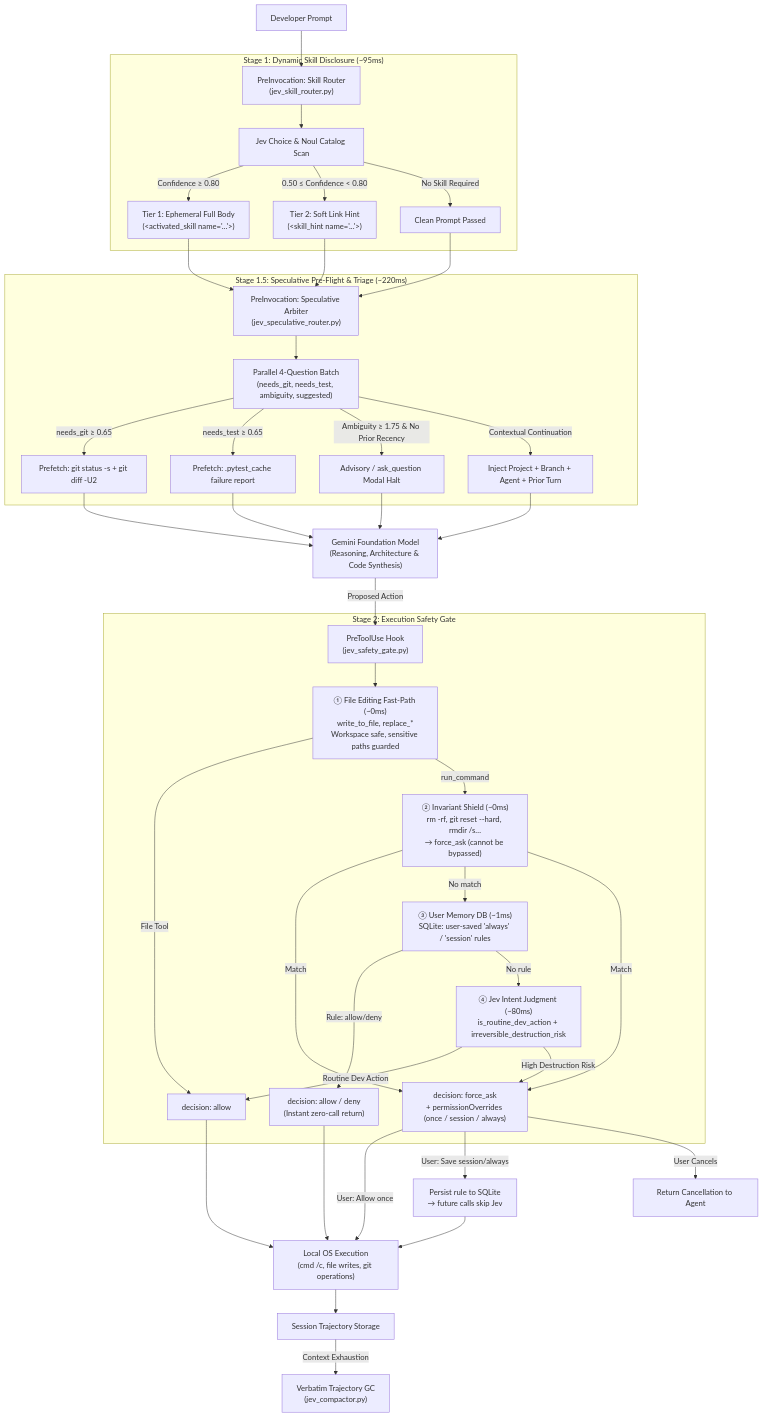
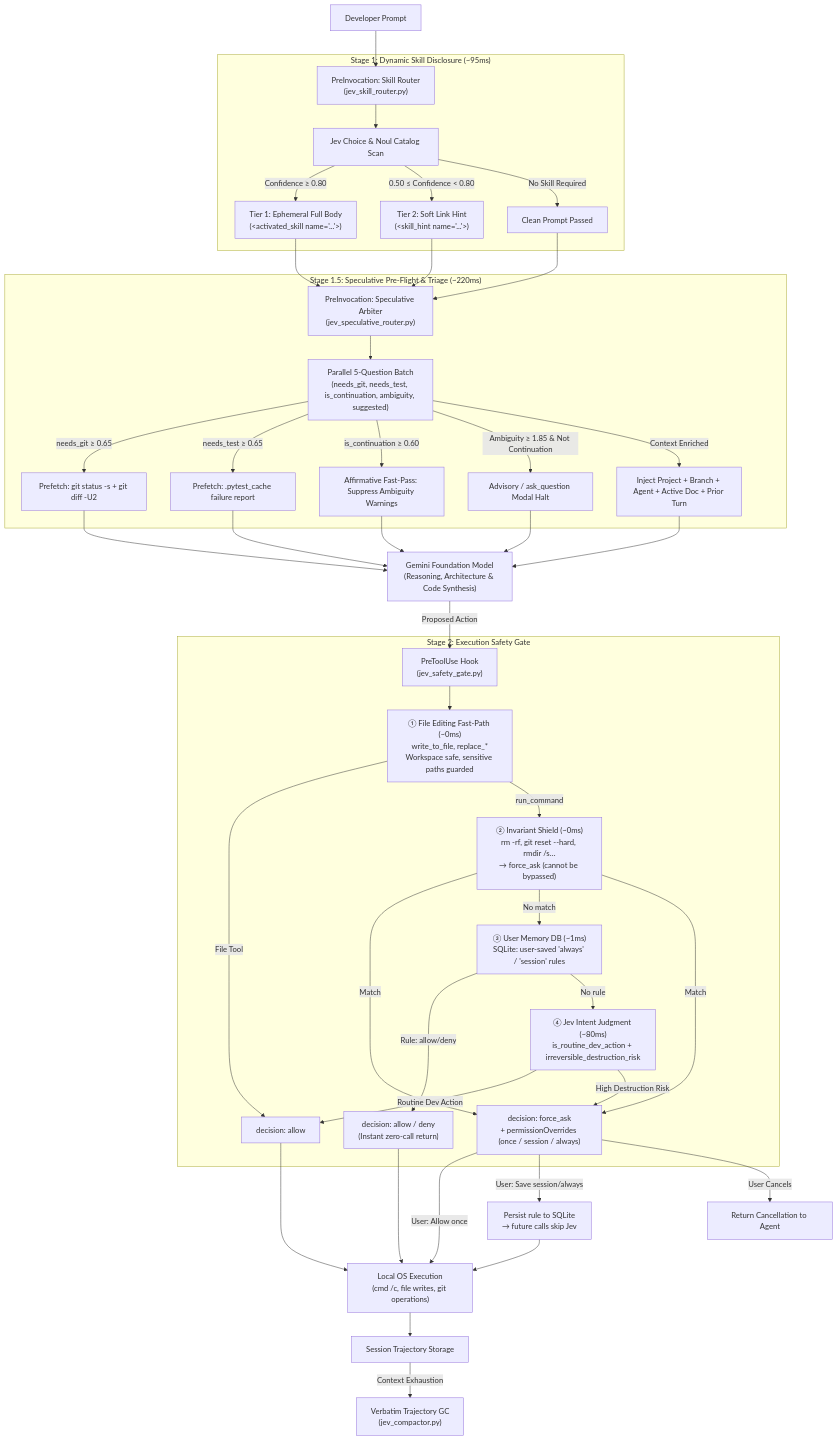
Before and after one commit to Ajasra/jev-hooks: the diagram in README.md, drawn with Mermaid. The commit also changed other lines of this file and 6 other files, not shown here.

Commit message:
fix(hooks): add active editor context, Jev continuation noul, and Turn-1 debounce to speculative router

````diff
--- a/README.md
+++ b/README.md
@@ -71,53 +71,55 @@
 ```mermaid
 flowchart TD
     UserPrompt["Developer Prompt"] --> Hook_PreInv_Skills["PreInvocation: Skill Router<br/>(jev_skill_router.py)"]
 
     subgraph S1 ["Stage 1: Dynamic Skill Disclosure (~95ms)"]
         Hook_PreInv_Skills --> JevChoice["Jev Choice & Noul Catalog Scan"]
         JevChoice -->|Confidence ≥ 0.80| InjectSkill["Tier 1: Ephemeral Full Body<br/>(&lt;activated_skill name='...'&gt;)"]
         JevChoice -->|0.50 ≤ Confidence < 0.80| InjectHint["Tier 2: Soft Link Hint<br/>(&lt;skill_hint name='...'&gt;)"]
         JevChoice -->|No Skill Required| PassPrompt["Clean Prompt Passed"]
     end
 
     InjectSkill --> Hook_PreInv_Spec["PreInvocation: Speculative Arbiter<br/>(jev_speculative_router.py)"]
     InjectHint --> Hook_PreInv_Spec
     PassPrompt --> Hook_PreInv_Spec
 
     subgraph S1_5 ["Stage 1.5: Speculative Pre-Flight & Triage (~220ms)"]
-        Hook_PreInv_Spec --> JevSpecBatch["Parallel 4-Question Batch<br/>(needs_git, needs_test, ambiguity, suggested)"]
+        Hook_PreInv_Spec --> JevSpecBatch["Parallel 5-Question Batch<br/>(needs_git, needs_test, is_continuation, ambiguity, suggested)"]
         JevSpecBatch -->|needs_git ≥ 0.65| PrefetchGit["Prefetch: git status -s + git diff -U2"]
         JevSpecBatch -->|needs_test ≥ 0.65| PrefetchTest["Prefetch: .pytest_cache failure report"]
-        JevSpecBatch -->|Ambiguity ≥ 1.75 & No Prior Recency| HaltModal["Advisory / ask_question Modal Halt"]
-        JevSpecBatch -->|Contextual Continuation| EnrichContext["Inject Project + Branch + Agent + Prior Turn"]
+        JevSpecBatch -->|is_continuation ≥ 0.60| FastPass["Affirmative Fast-Pass: Suppress Ambiguity Warnings"]
+        JevSpecBatch -->|Ambiguity ≥ 1.85 & Not Continuation| HaltModal["Advisory / ask_question Modal Halt"]
+        JevSpecBatch -->|Context Enriched| EnrichContext["Inject Project + Branch + Agent + Active Doc + Prior Turn"]
     end
 
     PrefetchGit --> LLM_Turn["Gemini Foundation Model<br/>(Reasoning, Architecture & Code Synthesis)"]
     PrefetchTest --> LLM_Turn
+    FastPass --> LLM_Turn
     HaltModal --> LLM_Turn
     EnrichContext --> LLM_Turn
 
     LLM_Turn -->|Proposed Action| Hook_PreTool["PreToolUse Hook<br/>(jev_safety_gate.py)"]
 
     subgraph S2 ["Stage 2: Execution Safety Gate"]
         Hook_PreTool --> FileFast["① File Editing Fast-Path (~0ms)<br/>write_to_file, replace_*<br/>Workspace safe, sensitive paths guarded"]
         FileFast -->|File Tool| AutoAllow["decision: allow"]
         FileFast -->|run_command| CritShield["② Invariant Shield (~0ms)<br/>rm -rf, git reset --hard, rmdir /s…<br/>→ force_ask (cannot be bypassed)"]
         CritShield -->|Match| ForceAsk["decision: force_ask<br/>+ permissionOverrides (once / session / always)"]
         CritShield -->|No match| DBLookup["③ User Memory DB (~1ms)<br/>SQLite: user-saved 'always' / 'session' rules"]
         DBLookup -->|Rule: allow/deny| DBResult["decision: allow / deny<br/>(Instant zero-call return)"]
         DBLookup -->|No rule| JevBlast["④ Jev Intent Judgment (~80ms)<br/>is_routine_dev_action + irreversible_destruction_risk"]
         JevBlast -->|Routine Dev Action| AutoAllow
         JevBlast -->|High Destruction Risk| ForceAsk
     end
 
     CritShield -->|Match| ForceAsk
     DBResult --> ToolExec["Local OS Execution<br/>(cmd /c, file writes, git operations)"]
     AutoAllow --> ToolExec
     ForceAsk -->|User: Allow once| ToolExec
     ForceAsk -->|User: Save session/always| SaveDB["Persist rule to SQLite<br/>→ future calls skip Jev"]
     SaveDB --> ToolExec
     ForceAsk -->|User Cancels| AbortAction["Return Cancellation to Agent"]
 
     ToolExec --> SessionStore["Session Trajectory Storage"]
     SessionStore -->|Context Exhaustion| JevCompactor["Verbatim Trajectory GC<br/>(jev_compactor.py)"]
 ```
````
